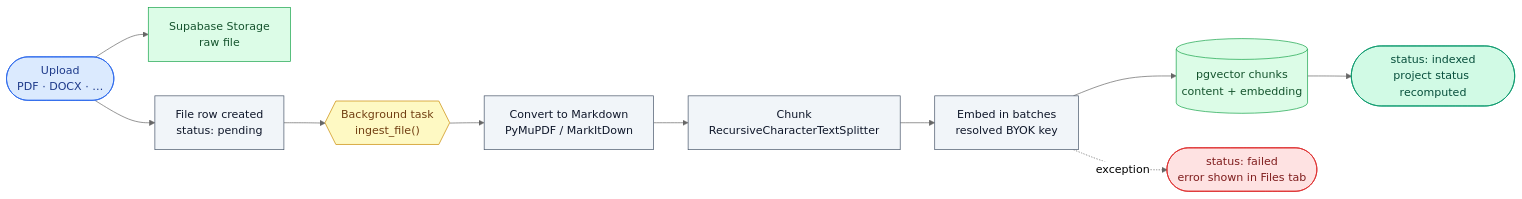
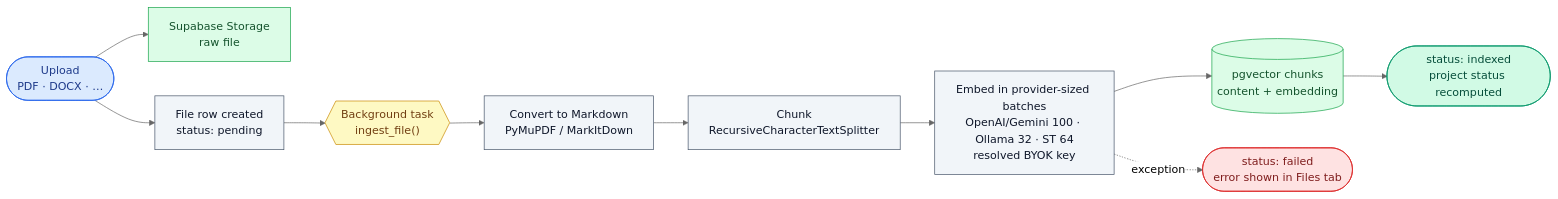
The second of 6 diagrams in Readme.md (haroontrailblazer/Oreag), drawn with Mermaid (neutral theme) before and after one commit. The commit also changed other lines of this file and 12 other files, not shown here.

````diff
--- a/Readme.md
+++ b/Readme.md
@@ -137,26 +139,26 @@
 ```mermaid
 flowchart LR
     A(["Upload<br/>PDF · DOCX · …"]) --> B["Supabase Storage<br/>raw file"]
     A --> C["File row created<br/>status: pending"]
     C --> D{{"Background task<br/>ingest_file()"}}
     D --> E["Convert to Markdown<br/>PyMuPDF / MarkItDown"]
     E --> F["Chunk<br/>RecursiveCharacterTextSplitter"]
-    F --> G["Embed in batches<br/>resolved BYOK key"]
+    F --> G["Embed in provider-sized batches<br/>OpenAI/Gemini 100 · Ollama 32 · ST 64<br/>resolved BYOK key"]
     G --> H[("pgvector chunks<br/>content + embedding")]
     H --> I(["status: indexed<br/>project status recomputed"])
     G -.->|exception| J(["status: failed<br/>error shown in Files tab"])
 
     classDef start fill:#dbeafe,stroke:#2563eb,color:#1e3a8a
     classDef proc fill:#f1f5f9,stroke:#475569,color:#0f172a
     classDef task fill:#fef9c3,stroke:#ca8a04,color:#713f12
     classDef store fill:#dcfce7,stroke:#16a34a,color:#14532d
     classDef ok fill:#d1fae5,stroke:#059669,color:#064e3b
     classDef bad fill:#fee2e2,stroke:#dc2626,color:#7f1d1d
 
     class A start
     class B,H store
     class C,E,F,G proc
     class D task
     class I ok
     class J bad
 ```
````
